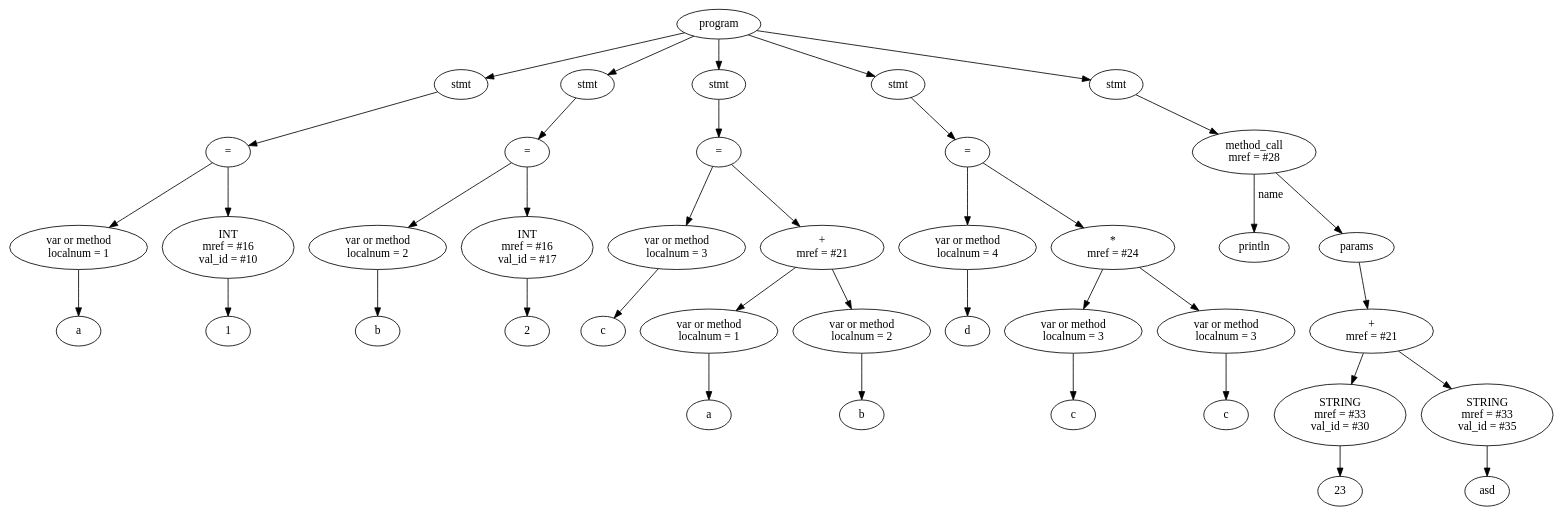
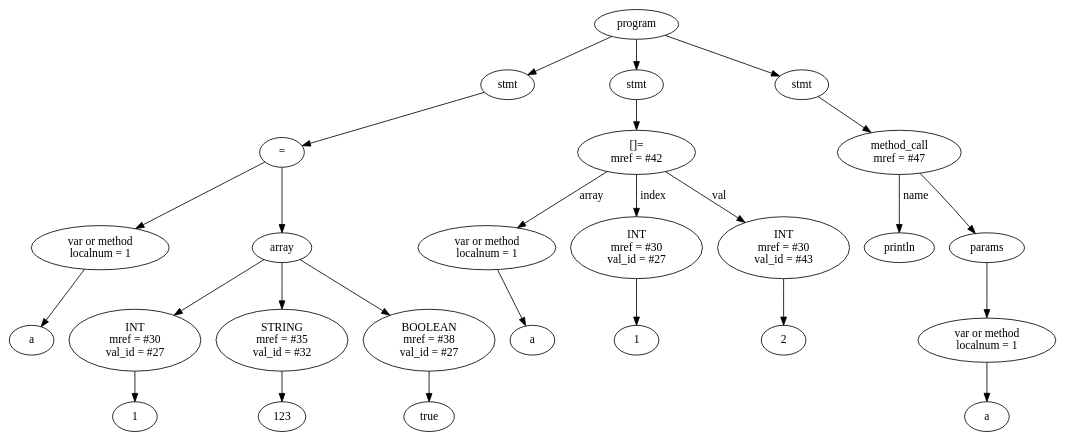
Before and after one commit to vitek999/ruby_compiler: the diagram in RubyCompiler/tree.dot, drawn with Graphviz. The commit also changed 6 other files, not shown here.

```diff
--- a/RubyCompiler/tree.dot
+++ b/RubyCompiler/tree.dot
@@ -1,81 +1,53 @@
 digraph G {
-Id01165708 [label="program"]
-Id0115CB50 [label="stmt"]
-Id0115CF20 [label="="]
-Id0115CAF0 [label="var or method\n localnum = 1"]
-IdVal0115CAF0 [label="a"]
-Id0115CAF0->IdVal0115CAF0
-Id0115CEC0 [label="INT\n mref = #16\n val_id = #10"]
-IdVal0115CEC0 [label="1"]
-Id0115CEC0->IdVal0115CEC0
-Id0115CF20->Id0115CAF0
-Id0115CF20->Id0115CEC0
-Id0115CB50->Id0115CF20
-Id01165708->Id0115CB50
-Id01164658 [label="stmt"]
-Id01163EC0 [label="="]
-Id01163E00 [label="var or method\n localnum = 2"]
-IdVal01163E00 [label="b"]
-Id01163E00->IdVal01163E00
-Id01163E60 [label="INT\n mref = #16\n val_id = #17"]
-IdVal01163E60 [label="2"]
-Id01163E60->IdVal01163E60
-Id01163EC0->Id01163E00
-Id01163EC0->Id01163E60
-Id01164658->Id01163EC0
-Id01165708->Id01164658
-Id011644C8 [label="stmt"]
-Id01164978 [label="="]
-Id01164798 [label="var or method\n localnum = 3"]
-IdVal01164798 [label="c"]
-Id01164798->IdVal01164798
-Id01164918 [label="+\n mref = #21"]
-Id01164828 [label="var or method\n localnum = 1"]
-IdVal01164828 [label="a"]
-Id01164828->IdVal01164828
-Id011648B8 [label="var or method\n localnum = 2"]
-IdVal011648B8 [label="b"]
-Id011648B8->IdVal011648B8
-Id01164918->Id01164828
-Id01164918->Id011648B8
-Id01164978->Id01164798
-Id01164978->Id01164918
-Id011644C8->Id01164978
-Id01165708->Id011644C8
-Id01164158 [label="stmt"]
-Id01164F20 [label="="]
-Id01164A48 [label="var or method\n localnum = 4"]
-IdVal01164A48 [label="d"]
-Id01164A48->IdVal01164A48
-Id01164F80 [label="*\n mref = #24"]
-Id01165220 [label="var or method\n localnum = 3"]
-IdVal01165220 [label="c"]
-Id01165220->IdVal01165220
-Id01164B00 [label="var or method\n localnum = 3"]
-IdVal01164B00 [label="c"]
-Id01164B00->IdVal01164B00
-Id01164F80->Id01165220
-Id01164F80->Id01164B00
-Id01164F20->Id01164A48
-Id01164F20->Id01164F80
-Id01164158->Id01164F20
-Id01165708->Id01164158
-Id01164068 [label="stmt"]
-Id01164E60 [label="method_call\n mref = #28"]
-IdMethodNameVal01164E60 [label="println"]
-Id01164E60->IdMethodNameVal01164E60 [label="name"]
-Id0115E220 [label="params"]
-Id01164E60->Id0115E220
-Id01164C80 [label="+\n mref = #21"]
-Id011650A0 [label="STRING\n mref = #33\n val_id = #30"]
-IdVal011650A0 [label="23"]
-Id011650A0->IdVal011650A0
-Id01164E00 [label="STRING\n mref = #33\n val_id = #35"]
-IdVal01164E00 [label="asd"]
-Id01164E00->IdVal01164E00
-Id01164C80->Id011650A0
-Id01164C80->Id01164E00
-Id0115E220->Id01164C80
-Id01164068->Id01164E60
-Id01165708->Id01164068
+Id014250E0 [label="program"]
+Id01424488 [label="stmt"]
+Id01424418 [label="="]
+Id014241E8 [label="var or method\n localnum = 1"]
+IdVal014241E8 [label="a"]
+Id014241E8->IdVal014241E8
+Id014243A8 [label = "array"]
+Id01424258 [label="INT\n mref = #30\n val_id = #27"]
+IdVal01424258 [label="1"]
+Id01424258->IdVal01424258
+Id014243A8->Id01424258
+Id014242C8 [label="STRING\n mref = #35\n val_id = #32"]
+IdVal014242C8 [label="123"]
+Id014242C8->IdVal014242C8
+Id014243A8->Id014242C8
+Id01424338 [label="BOOLEAN\n mref = #38\n val_id = #27"]
+IdVal01424338 [label="true"]
+Id01424338->IdVal01424338
+Id014243A8->Id01424338
+Id01424418->Id014241E8
+Id01424418->Id014243A8
+Id01424488->Id01424418
+Id014250E0->Id01424488
+Id01424DB0 [label="stmt"]
+Id014246D8 [label="[]=\nmref = #42"]
+Id01424518 [label="var or method\n localnum = 1"]
+IdVal01424518 [label="a"]
+Id01424518->IdVal01424518
+Id014246D8->Id01424518 [label = "array"]
+Id01424588 [label="INT\n mref = #30\n val_id = #27"]
+IdVal01424588 [label="1"]
+Id01424588->IdVal01424588
+Id014246D8->Id01424588 [label = "index"]
+Id01424668 [label="INT\n mref = #30\n val_id = #43"]
+IdVal01424668 [label="2"]
+Id01424668->IdVal01424668
+Id014246D8->Id01424668 [label = "val"]
+Id01424DB0->Id014246D8
+Id014250E0->Id01424DB0
+Id01424AE0 [label="stmt"]
+Id01425030 [label="method_call\n mref = #47"]
+IdMethodNameVal01425030 [label="println"]
+Id01425030->IdMethodNameVal01425030 [label="name"]
+Id0141EBF8 [label="params"]
+Id01425030->Id0141EBF8
+Id01424FC0 [label="var or method\n localnum = 1"]
+IdVal01424FC0 [label="a"]
+Id01424FC0->IdVal01424FC0
+Id0141EBF8->Id01424FC0
+Id01424AE0->Id01425030
+Id014250E0->Id01424AE0
 }
```
